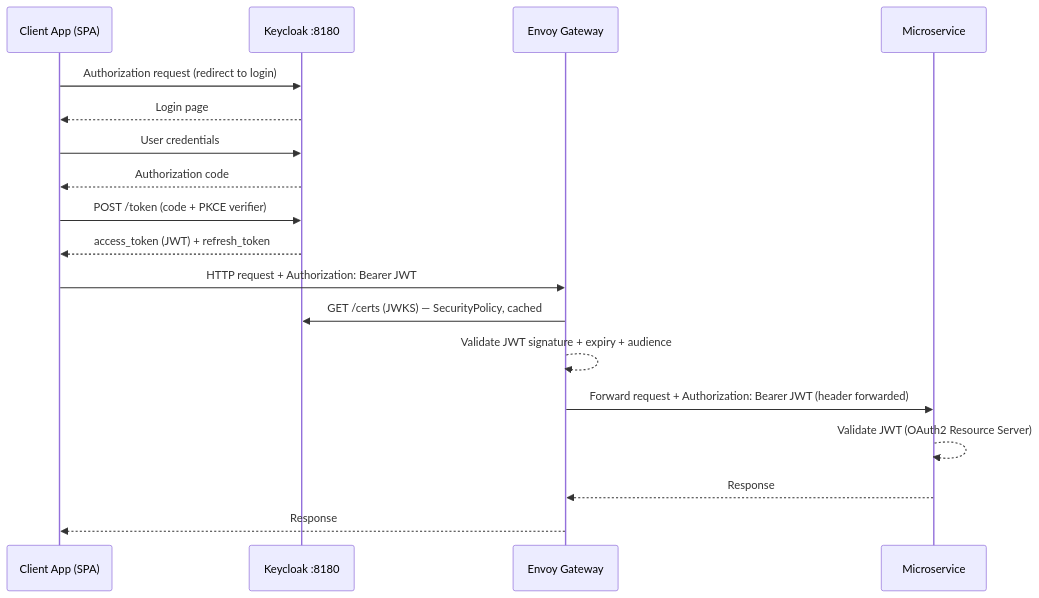
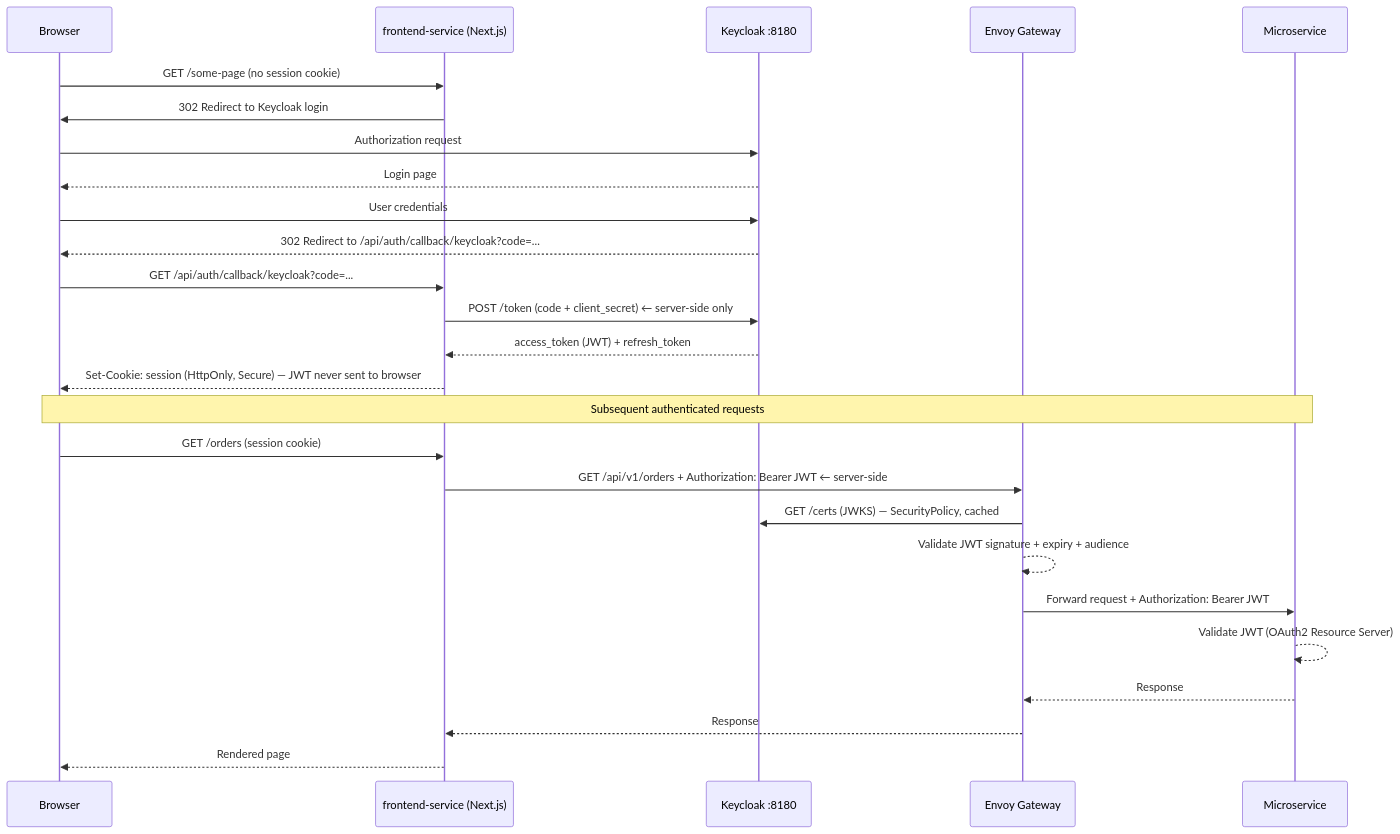
The second of 6 diagrams in README.md (ricsanfre/spring-microservices-otel-k8s), drawn with Mermaid before and after one commit. The commit also changed other lines of this file and 4 other files, not shown here.

Commit message:
Adding to the architecture Next.js frontend to the application

````diff
--- a/README.md
+++ b/README.md
@@ -123,22 +134,30 @@
 ```mermaid
 sequenceDiagram
-    participant C as Client App (SPA)
+    participant B as Browser
+    participant FE as frontend-service (Next.js)
     participant KC as Keycloak :8180
     participant EG as Envoy Gateway
     participant SVC as Microservice
 
-    C->>KC: Authorization request (redirect to login)
-    KC-->>C: Login page
-    C->>KC: User credentials
-    KC-->>C: Authorization code
-    C->>KC: POST /token (code + PKCE verifier)
-    KC-->>C: access_token (JWT) + refresh_token
+    B->>FE: GET /some-page (no session cookie)
+    FE->>B: 302 Redirect to Keycloak login
+    B->>KC: Authorization request
+    KC-->>B: Login page
+    B->>KC: User credentials
+    KC-->>B: 302 Redirect to /api/auth/callback/keycloak?code=...
+    B->>FE: GET /api/auth/callback/keycloak?code=...
+    FE->>KC: POST /token (code + client_secret) ← server-side only
+    KC-->>FE: access_token (JWT) + refresh_token
+    FE-->>B: Set-Cookie: session (HttpOnly, Secure) — JWT never sent to browser
 
-    C->>EG: HTTP request + Authorization: Bearer JWT
+    Note over B,SVC: Subsequent authenticated requests
+    B->>FE: GET /orders (session cookie)
+    FE->>EG: GET /api/v1/orders + Authorization: Bearer JWT ← server-side
     EG->>KC: GET /certs (JWKS) — SecurityPolicy, cached
     EG-->>EG: Validate JWT signature + expiry + audience
-    EG->>SVC: Forward request + Authorization: Bearer JWT (header forwarded)
+    EG->>SVC: Forward request + Authorization: Bearer JWT
     SVC-->>SVC: Validate JWT (OAuth2 Resource Server)
     SVC-->>EG: Response
-    EG-->>C: Response
+    EG-->>FE: Response
+    FE-->>B: Rendered page
 ```
````
